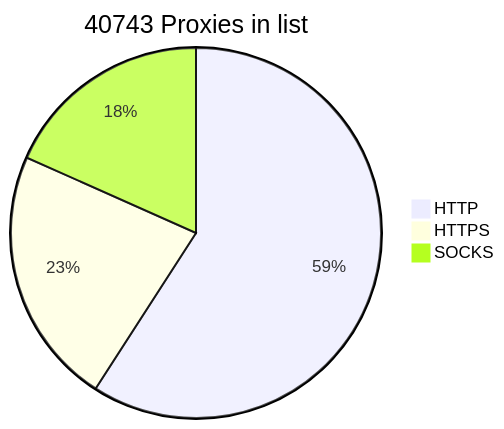
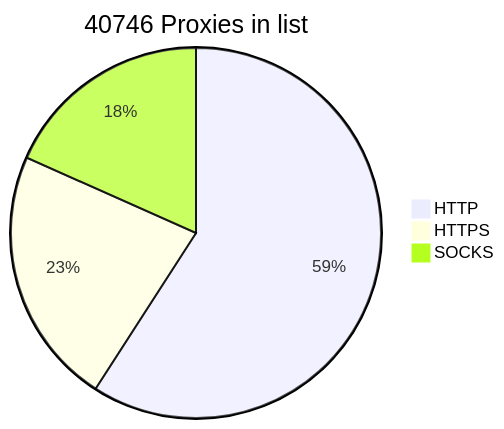
One commit to BlackSnowDot/proxylist-update-every-minute changed the diagram in README.md. Above: the diagram before and after it, drawn with Mermaid.

````diff
--- a/README.md
+++ b/README.md
@@ -2,6 +2,6 @@
 ```mermaid
-pie title 40743 Proxies in list
+pie title 40746 Proxies in list
     "HTTP" : 28325
     "HTTPS": 10805
-    "SOCKS" : 8783
+    "SOCKS" : 8786
 ```
````
